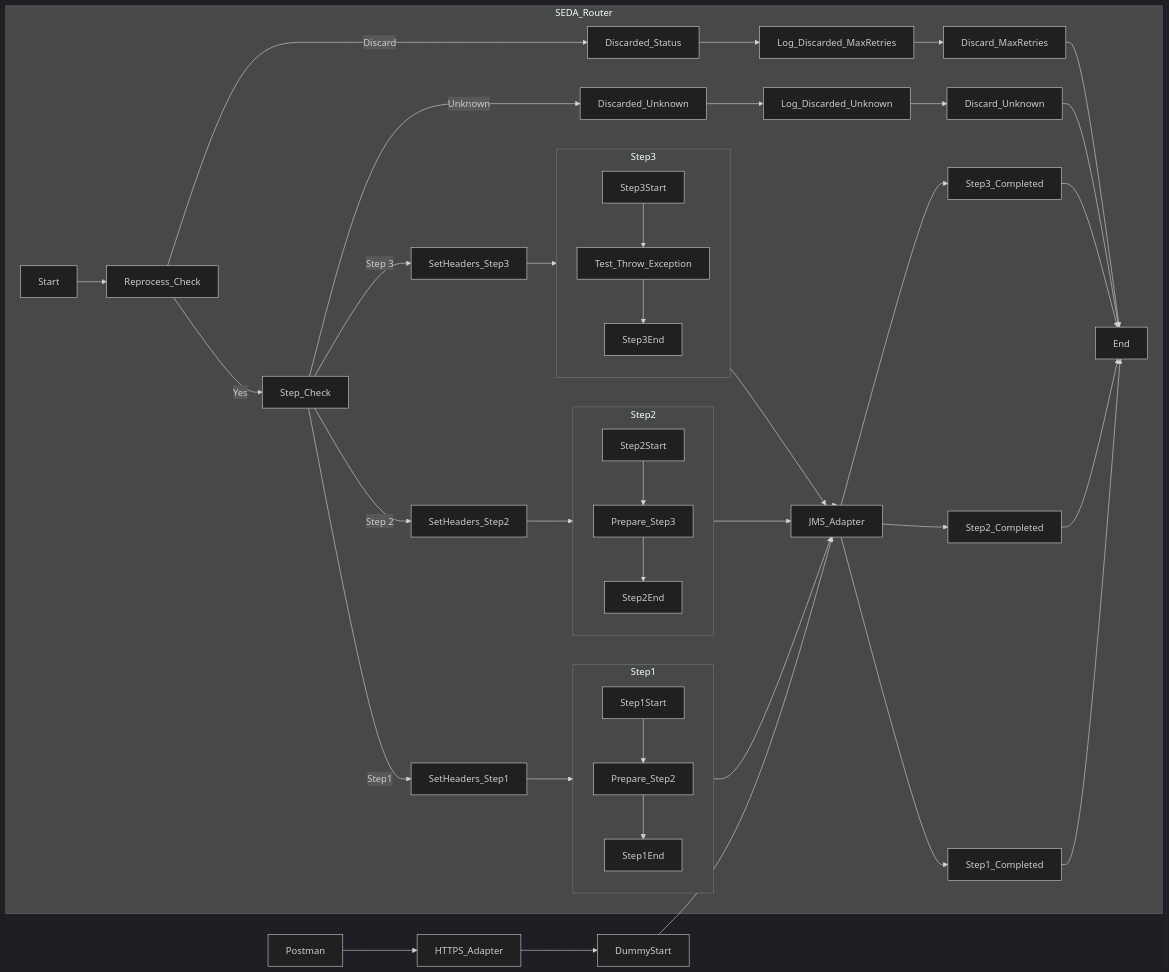
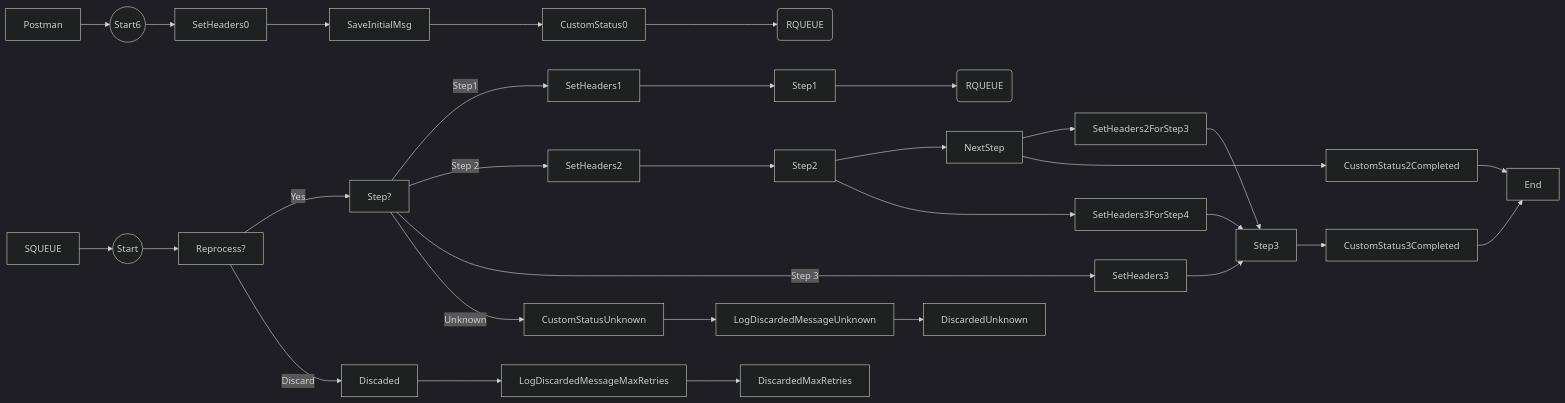
One commit to Avvale-IA-CICD/AvvaleCPI changed the diagram in MMZ - Cell Iflows/SEDA_Model_-_Single_Queue_-_Restart_and_Discard_MMZ-1.0.1/readme.md. Above: the diagram before and after it, drawn with Mermaid (dark theme). The commit also changed other lines of this file, not shown here.

Commit message:
Add/update documentation for SEDA_Model_-_Single_Queue_-_Restart_and_Discard_MMZ v1.0.1

````diff
--- a/MMZ - Cell Iflows/SEDA_Model_-_Single_Queue_-_Restart_and_Discard_MMZ-1.0.1/readme.md
+++ b/MMZ - Cell Iflows/SEDA_Model_-_Single_Queue_-_Restart_and_Discard_MMZ-1.0.1/readme.md
@@ -4,46 +4,39 @@
 ```mermaid
 graph LR
-    Postman --> HTTPS_Adapter --> DummyStart
-    DummyStart --> JMS_Adapter --> SEDA_Router
+    Postman --> HTTPS((Start6))
+    SQUEUE --> JMS((Start))
+    HTTPS((Start6)) --> SetHeaders0
+    JMS((Start)) --> Reprocess?
+    Reprocess? -- Yes --> Step?
+    Reprocess? -- Discard --> Discaded
+    Discaded --> LogDiscardedMessageMaxRetries
+    LogDiscardedMessageMaxRetries --> DiscardedMaxRetries
+    SetHeaders0 --> SaveInitialMsg
+    SaveInitialMsg --> CustomStatus0
+    CustomStatus0 --> JMS_STEP0(RQUEUE)
 
-    subgraph SEDA_Router
-    Start --> Reprocess_Check
-    Reprocess_Check -- Yes --> Step_Check
-    Reprocess_Check -- Discard --> Discarded_Status
-    Step_Check -- Step1 --> SetHeaders_Step1
-    Step_Check -- Step 2 --> SetHeaders_Step2
-    Step_Check -- Step 3 --> SetHeaders_Step3
-    Step_Check -- Unknown --> Discarded_Unknown
-    SetHeaders_Step1 --> Step1
-    SetHeaders_Step2 --> Step2
-    SetHeaders_Step3 --> Step3
-    Step1 --> JMS_Adapter --> Step1_Completed
-    Step2 --> JMS_Adapter --> Step2_Completed
-    Step3 --> JMS_Adapter --> Step3_Completed
-    Step1_Completed --> End
-    Step2_Completed --> End
-    Step3_Completed --> End
-    Discarded_Unknown --> Log_Discarded_Unknown
-    Discarded_Status --> Log_Discarded_MaxRetries
-    Log_Discarded_Unknown --> Discard_Unknown
-    Log_Discarded_MaxRetries --> Discard_MaxRetries
-    end
+    Step? -- Step1 --> SetHeaders1
+    Step? -- Step 2 --> SetHeaders2
+    Step? -- Step 3 --> SetHeaders3
+    Step? -- Unknown --> CustomStatusUnknown
+    CustomStatusUnknown --> LogDiscardedMessageUnknown
+    LogDiscardedMessageUnknown --> DiscardedUnknown
 
-    Discard_MaxRetries --> End
-    Discard_Unknown --> End
+    SetHeaders1 --> Step1
+    SetHeaders2 --> Step2
+    SetHeaders3 --> Step3
 
-    subgraph Step1
-    Step1Start --> Prepare_Step2
-    Prepare_Step2 --> Step1End
-    end
+    Step1 --> JMS_STEP1(RQUEUE)
+    Step2 --> NextStep
+    Step3 --> CustomStatus3Completed
+    CustomStatus3Completed --> End
 
-     subgraph Step2
-    Step2Start --> Prepare_Step3
-    Prepare_Step3 --> Step2End
-    end
+    NextStep --> SetHeaders2ForStep3
+    SetHeaders2ForStep3 --> Step3
 
-     subgraph Step3
-    Step3Start --> Test_Throw_Exception
-    Test_Throw_Exception --> Step3End
-    end
+    NextStep --> CustomStatus2Completed
+    CustomStatus2Completed --> End
+
+    Step2 --> SetHeaders3ForStep4
+    SetHeaders3ForStep4 --> Step3
 ```
````
